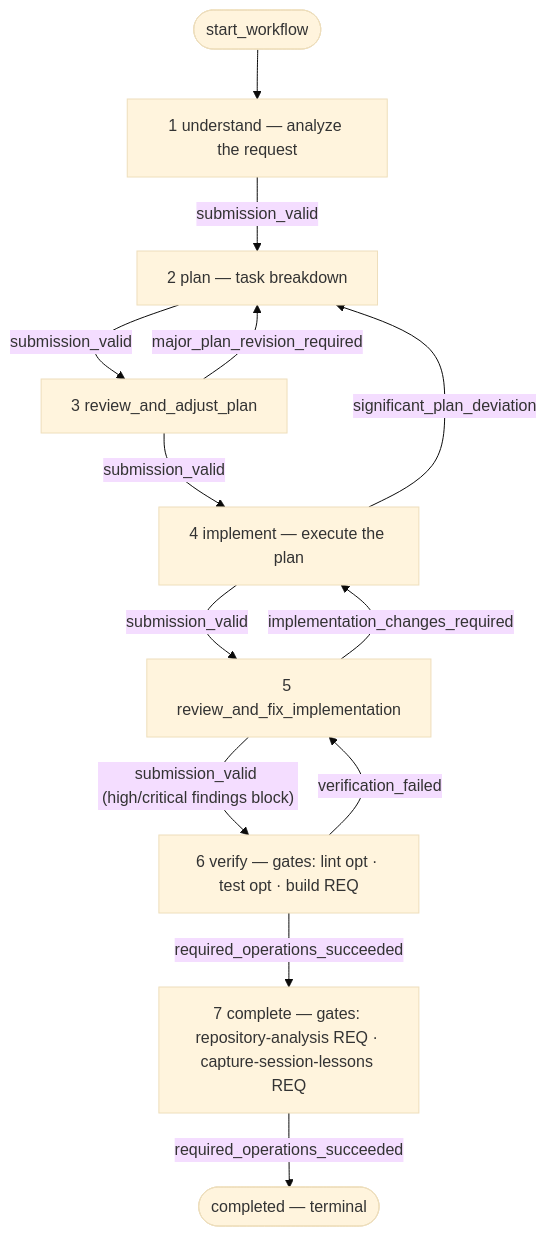
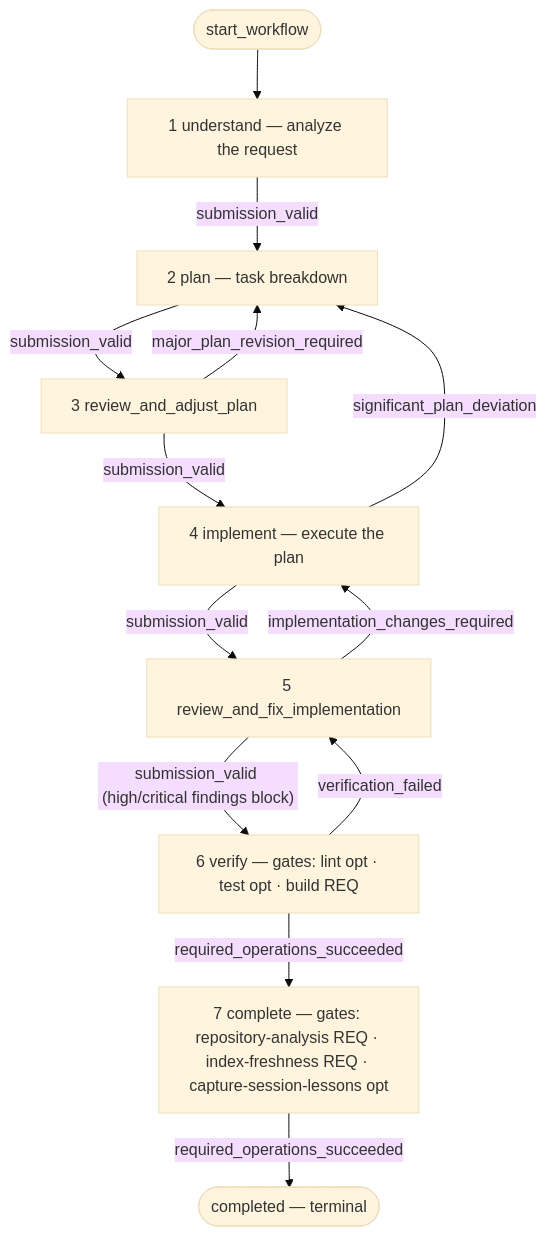
The third of 3 diagrams in servers/server-guidance/README.md (paschbaer/thinking-mcp), drawn with Mermaid (base theme) before and after one commit. The commit also changed other lines of this file and 1 other file, not shown here.

````diff
--- a/servers/server-guidance/README.md
+++ b/servers/server-guidance/README.md
@@ -1545,15 +1564,15 @@
 ```mermaid
 flowchart TD
     S(["start_workflow"]) --> P1["1 understand — analyze the request"]
     P1 -->|"submission_valid"| P2["2 plan — task breakdown"]
     P2 -->|"submission_valid"| P3["3 review_and_adjust_plan"]
     P3 -->|"major_plan_revision_required"| P2
     P3 -->|"submission_valid"| P4["4 implement — execute the plan"]
     P4 -->|"submission_valid"| P5["5 review_and_fix_implementation"]
     P4 -->|"significant_plan_deviation"| P2
     P5 -->|"implementation_changes_required"| P4
     P5 -->|"submission_valid (high/critical findings block)"| P6["6 verify — gates: lint opt · test opt · build REQ"]
     P6 -->|"verification_failed"| P5
-    P6 -->|"required_operations_succeeded"| P7["7 complete — gates: repository-analysis REQ · capture-session-lessons REQ"]
+    P6 -->|"required_operations_succeeded"| P7["7 complete — gates: repository-analysis REQ · index-freshness REQ · capture-session-lessons opt"]
     P7 -->|"required_operations_succeeded"| DONE(["completed — terminal"])
 ```
````
